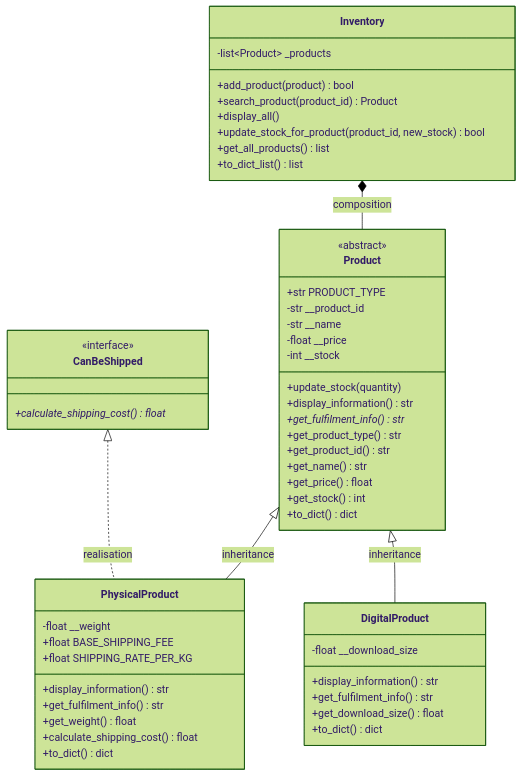
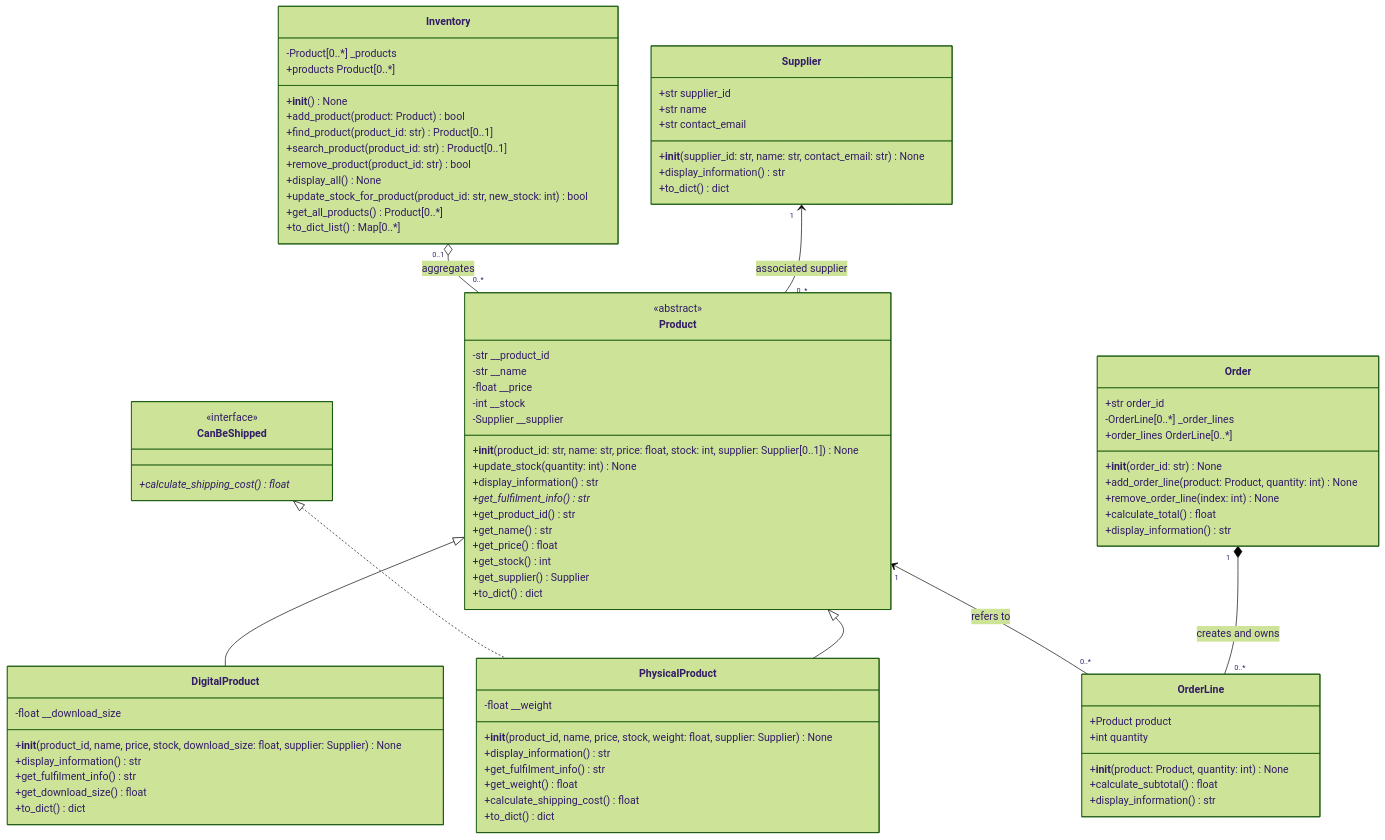
The diagram in uml-diagrams.md (chisaki0011/INF1103-Labs), drawn with Mermaid (forest theme) before and after one commit. The commit also changed other lines of this file, not shown here.

Commit message:
show model types and multiplicities in UML

````diff
--- a/uml-diagrams.md
+++ b/uml-diagrams.md
@@ -97,26 +8,26 @@
 classDiagram
     class Product {
         <<abstract>>
-        +str PRODUCT_TYPE
         -str __product_id
         -str __name
         -float __price
         -int __stock
-        +update_stock(quantity)
+        -Supplier __supplier
+        +__init__(product_id: str, name: str, price: float, stock: int, supplier: Supplier[0..1]) None
+        +update_stock(quantity: int) None
         +display_information() str
         +get_fulfilment_info()* str
-        +get_product_type() str
         +get_product_id() str
         +get_name() str
         +get_price() float
         +get_stock() int
+        +get_supplier() Supplier
         +to_dict() dict
     }
 
     class PhysicalProduct {
         -float __weight
-        +float BASE_SHIPPING_FEE
-        +float SHIPPING_RATE_PER_KG
+        +__init__(product_id, name, price, stock, weight: float, supplier: Supplier) None
         +display_information() str
         +get_fulfilment_info() str
         +get_weight() float
@@ -126,6 +37,7 @@
 
     class DigitalProduct {
         -float __download_size
+        +__init__(product_id, name, price, stock, download_size: float, supplier: Supplier) None
         +display_information() str
         +get_fulfilment_info() str
         +get_download_size() float
@@ -137,18 +49,54 @@
         +calculate_shipping_cost()* float
     }
 
-    class Inventory {
-        -list~Product~ _products
-        +add_product(product) bool
-        +search_product(product_id) Product
-        +display_all()
-        +update_stock_for_product(product_id, new_stock) bool
-        +get_all_products() list
-        +to_dict_list() list
+    class Supplier {
+        +str supplier_id
+        +str name
+        +str contact_email
+        +__init__(supplier_id: str, name: str, contact_email: str) None
+        +display_information() str
+        +to_dict() dict
     }
 
-    Product <|-- PhysicalProduct : inheritance
-    Product <|-- DigitalProduct : inheritance
-    CanBeShipped <|.. PhysicalProduct : realisation
-    Inventory *-- Product : composition
+    class Inventory {
+        -Product[0..*] _products
+        +products Product[0..*]
+        +__init__() None
+        +add_product(product: Product) bool
+        +find_product(product_id: str) Product[0..1]
+        +search_product(product_id: str) Product[0..1]
+        +remove_product(product_id: str) bool
+        +display_all() None
+        +update_stock_for_product(product_id: str, new_stock: int) bool
+        +get_all_products() Product[0..*]
+        +to_dict_list() Map[0..*]
+    }
+
+    class Order {
+        +str order_id
+        -OrderLine[0..*] _order_lines
+        +order_lines OrderLine[0..*]
+        +__init__(order_id: str) None
+        +add_order_line(product: Product, quantity: int) None
+        +remove_order_line(index: int) None
+        +calculate_total() float
+        +display_information() str
+    }
+
+    class OrderLine {
+        +Product product
+        +int quantity
+        +__init__(product: Product, quantity: int) None
+        +calculate_subtotal() float
+        +display_information() str
+    }
+
+    Product <|-- PhysicalProduct
+    Product <|-- DigitalProduct
+    CanBeShipped <|.. PhysicalProduct
+
+    Supplier "1" <-- "0..*" Product : associated supplier
+    Inventory "0..1" o-- "0..*" Product : aggregates
+    Order "1" *-- "0..*" OrderLine : creates and owns
+    Product "1" <-- "0..*" OrderLine : refers to
 ```
````
